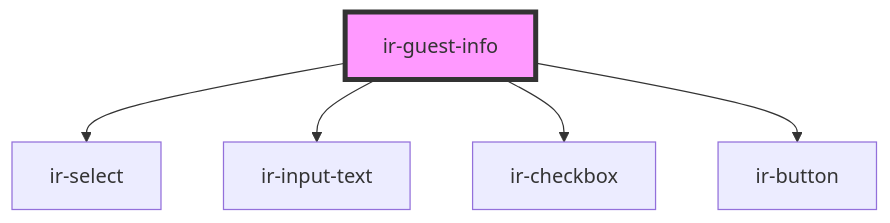
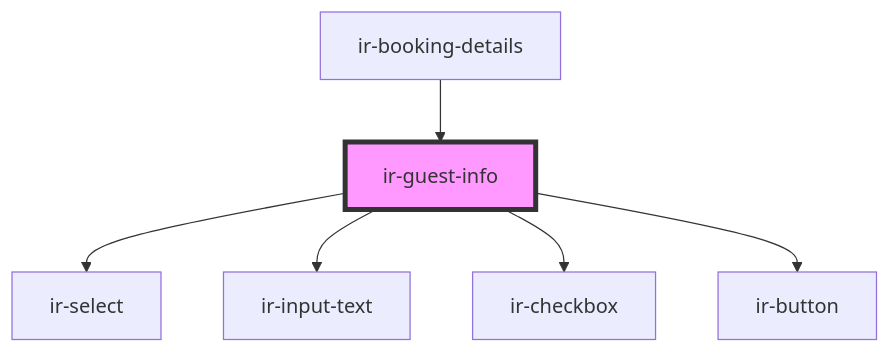
The diagram in src/components/ir-guest-info/readme.md (freddynasr/ir-webcmp), drawn with Mermaid before and after one commit. The commit also changed other lines of this file and 9 other files, not shown here.

Commit message:
first booking details commit

````diff
--- a/src/components/ir-guest-info/readme.md
+++ b/src/components/ir-guest-info/readme.md
@@ -35,8 +39,9 @@
 ```mermaid
 graph TD;
   ir-guest-info --> ir-select
   ir-guest-info --> ir-input-text
   ir-guest-info --> ir-checkbox
   ir-guest-info --> ir-button
+  ir-booking-details --> ir-guest-info
   style ir-guest-info fill:#f9f,stroke:#333,stroke-width:4px
 ```
````
